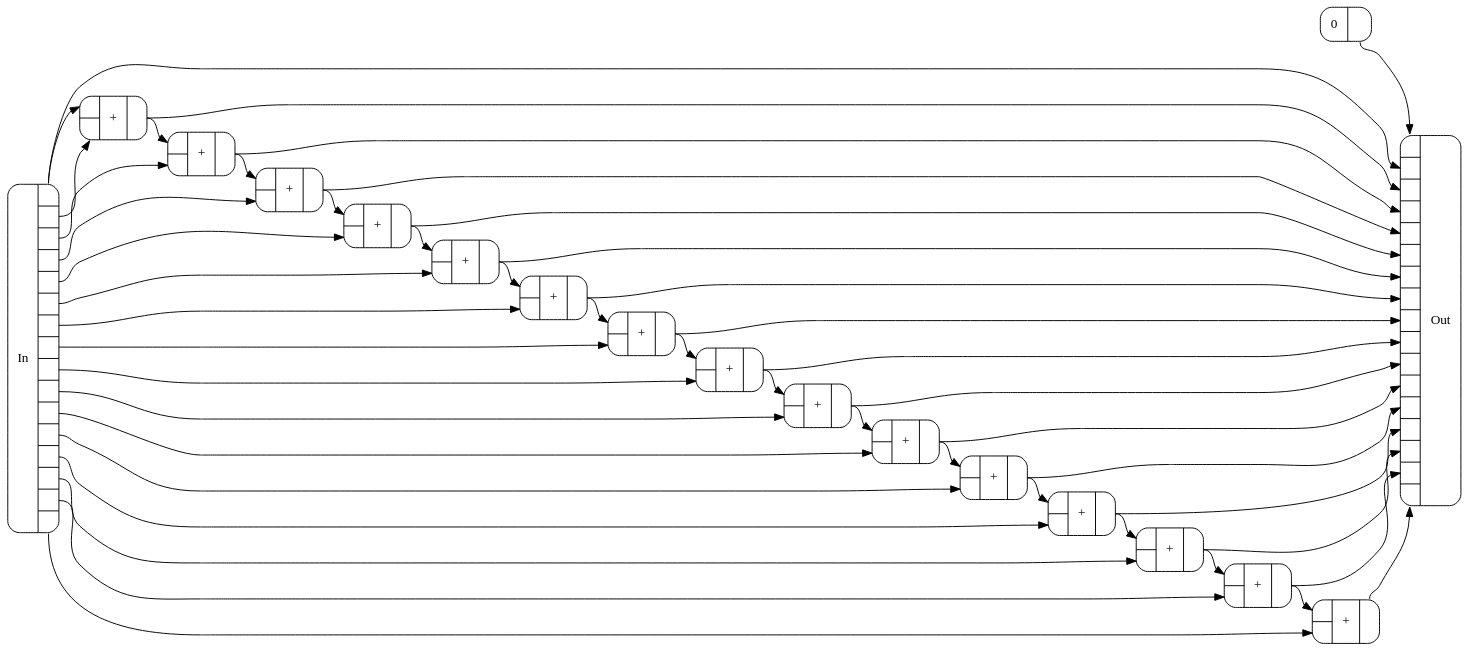
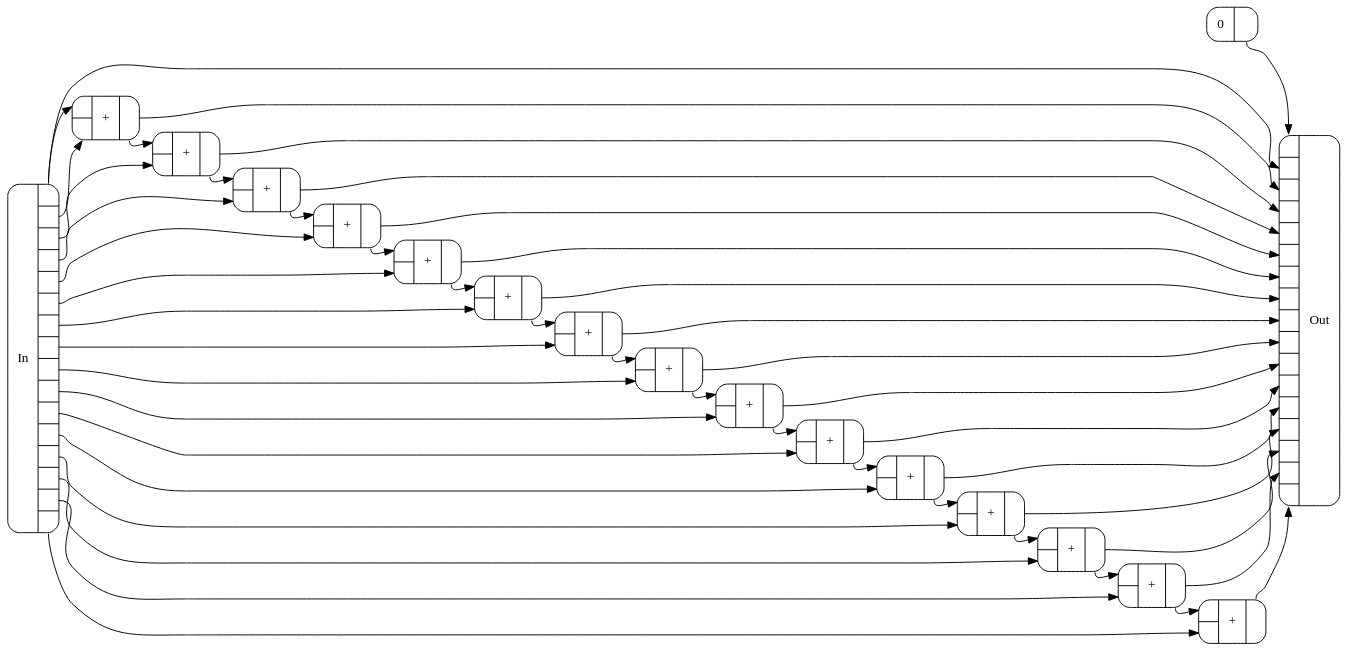
One commit to conal/talk-2021-can-tensor-programming-be-liberated changed the diagram in Figures/lsums-lv16.dot. Above: the diagram before and after it, drawn with Graphviz. The commit also changed 1 other file, not shown here.

```diff
--- a/Figures/lsums-lv16.dot
+++ b/Figures/lsums-lv16.dot
@@ -1,75 +1,75 @@
 digraph lsums_lv16 {
   margin=0;
   rankdir=LR;
   node [shape=Mrecord];
   bgcolor=transparent;
   nslimit=20;
-  ranksep="0.3";
+  ranksep="0.2";
   c1 [label="{{<In0>|<In1>}|+|{<Out0>}}"];
   c2 [label="{{<In0>|<In1>}|+|{<Out0>}}"];
   c3 [label="{{<In0>|<In1>}|+|{<Out0>}}"];
   c4 [label="{{<In0>|<In1>}|+|{<Out0>}}"];
   c5 [label="{{<In0>|<In1>}|+|{<Out0>}}"];
   c6 [label="{{<In0>|<In1>}|+|{<Out0>}}"];
   c7 [label="{{<In0>|<In1>}|+|{<Out0>}}"];
   c8 [label="{{<In0>|<In1>}|+|{<Out0>}}"];
   c9 [label="{{<In0>|<In1>}|+|{<Out0>}}"];
   c10 [label="{{<In0>|<In1>}|+|{<Out0>}}"];
   c11 [label="{{<In0>|<In1>}|+|{<Out0>}}"];
   c12 [label="{{<In0>|<In1>}|+|{<Out0>}}"];
   c13 [label="{{<In0>|<In1>}|+|{<Out0>}}"];
   c14 [label="{{<In0>|<In1>}|+|{<Out0>}}"];
   c15 [label="{{<In0>|<In1>}|+|{<Out0>}}"];
   c16 [label="{0|{<Out0>}}"];
   c17 [label="{In|{<Out0>|<Out1>|<Out2>|<Out3>|<Out4>|<Out5>|<Out6>|<Out7>|<Out8>|<Out9>|<Out10>|<Out11>|<Out12>|<Out13>|<Out14>|<Out15>}}"];
   c18 [label="{{<In0>|<In1>|<In2>|<In3>|<In4>|<In5>|<In6>|<In7>|<In8>|<In9>|<In10>|<In11>|<In12>|<In13>|<In14>|<In15>|<In16>}|Out}"];
   c17:Out0 -> c1:In0 [];
   c17:Out1 -> c1:In1 [];
   c1:Out0 -> c2:In0 [];
   c17:Out2 -> c2:In1 [];
   c2:Out0 -> c3:In0 [];
   c17:Out3 -> c3:In1 [];
   c3:Out0 -> c4:In0 [];
   c17:Out4 -> c4:In1 [];
   c4:Out0 -> c5:In0 [];
   c17:Out5 -> c5:In1 [];
   c5:Out0 -> c6:In0 [];
   c17:Out6 -> c6:In1 [];
   c6:Out0 -> c7:In0 [];
   c17:Out7 -> c7:In1 [];
   c7:Out0 -> c8:In0 [];
   c17:Out8 -> c8:In1 [];
   c8:Out0 -> c9:In0 [];
   c17:Out9 -> c9:In1 [];
   c9:Out0 -> c10:In0 [];
   c17:Out10 -> c10:In1 [];
   c10:Out0 -> c11:In0 [];
   c17:Out11 -> c11:In1 [];
   c11:Out0 -> c12:In0 [];
   c17:Out12 -> c12:In1 [];
   c12:Out0 -> c13:In0 [];
   c17:Out13 -> c13:In1 [];
   c13:Out0 -> c14:In0 [];
   c17:Out14 -> c14:In1 [];
   c14:Out0 -> c15:In0 [];
   c17:Out15 -> c15:In1 [];
   c16:Out0 -> c18:In0 [];
   c17:Out0 -> c18:In1 [];
   c1:Out0 -> c18:In2 [];
   c2:Out0 -> c18:In3 [];
   c3:Out0 -> c18:In4 [];
   c4:Out0 -> c18:In5 [];
   c5:Out0 -> c18:In6 [];
   c6:Out0 -> c18:In7 [];
   c7:Out0 -> c18:In8 [];
   c8:Out0 -> c18:In9 [];
   c9:Out0 -> c18:In10 [];
   c10:Out0 -> c18:In11 [];
   c11:Out0 -> c18:In12 [];
   c12:Out0 -> c18:In13 [];
   c13:Out0 -> c18:In14 [];
   c14:Out0 -> c18:In15 [];
   c15:Out0 -> c18:In16 [];
 }
 
 // lsums-lv16 components: 15 +, 1 0, 16 total. Max depth: 15.
```
